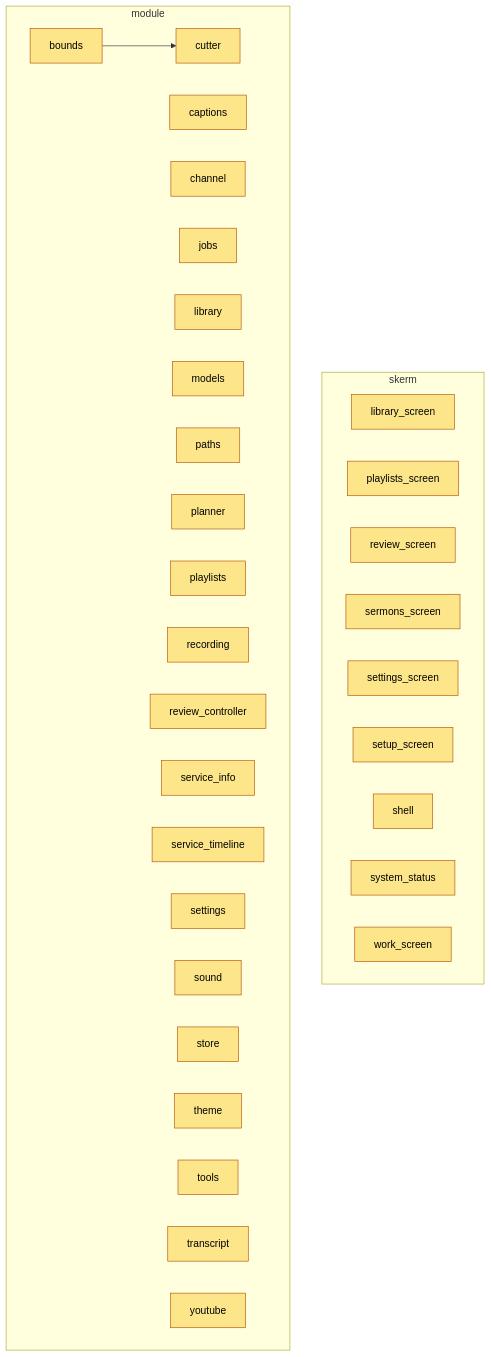
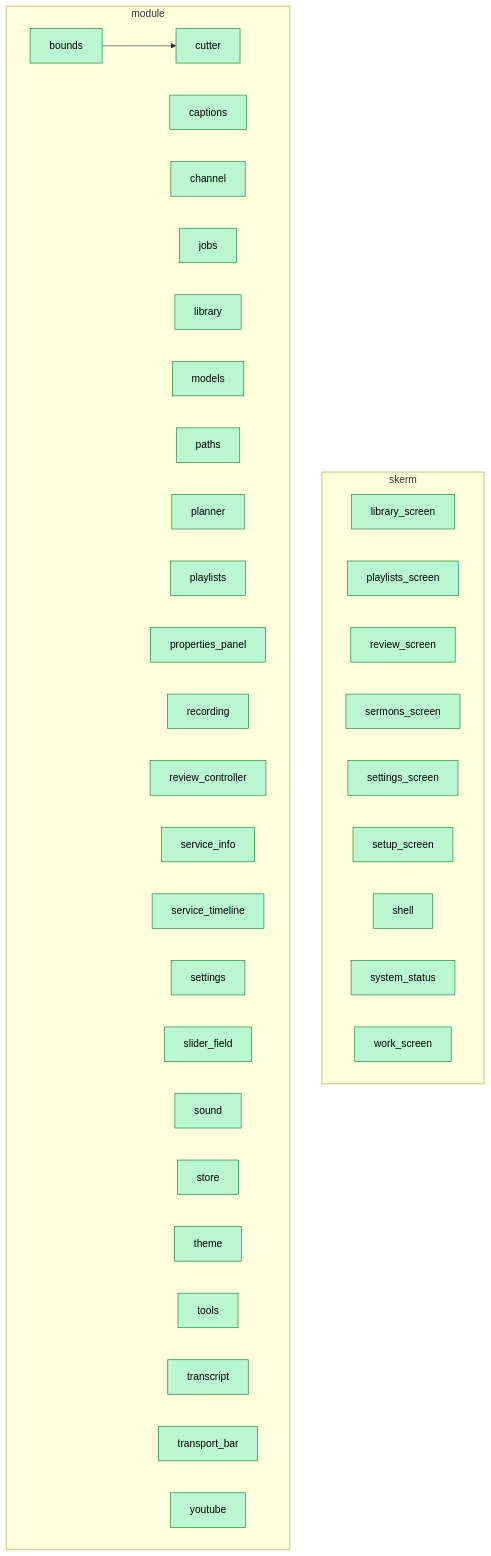
The diagram in docs/kaart.md (Schalk-Christiaan/ytsermon-prosessor), drawn with Mermaid before and after one commit. The commit also changed other lines of this file and 34 other files, not shown here.

Commit message:
kaart: hoofstukke status klaar ná /bewys

````diff
--- a/docs/kaart.md
+++ b/docs/kaart.md
@@ -188,41 +189,44 @@
 ```mermaid
 flowchart TB
   subgraph g0["skerm"]
-    n6["library_screen"]:::bou
-    n11["playlists_screen"]:::bou
-    n14["review_screen"]:::bou
-    n15["sermons_screen"]:::bou
-    n19["settings_screen"]:::bou
-    n20["setup_screen"]:::bou
-    n21["shell"]:::bou
-    n24["system_status"]:::bou
-    n28["work_screen"]:::bou
+    n6["library_screen"]:::klaar
+    n11["playlists_screen"]:::klaar
+    n15["review_screen"]:::klaar
+    n16["sermons_screen"]:::klaar
+    n20["settings_screen"]:::klaar
+    n21["setup_screen"]:::klaar
+    n22["shell"]:::klaar
+    n26["system_status"]:::klaar
+    n31["work_screen"]:::klaar
   end
   subgraph g1["module"]
-    n0["bounds"]:::bou
-    n1["captions"]:::bou
-    n2["channel"]:::bou
-    n3["cutter"]:::bou
-    n4["jobs"]:::bou
-    n5["library"]:::bou
-    n7["models"]:::bou
-    n8["paths"]:::bou
-    n9["planner"]:::bou
-    n10["playlists"]:::bou
-    n12["recording"]:::bou
-    n13["review_controller"]:::bou
-    n16["service_info"]:::bou
-    n17["service_timeline"]:::bou
-    n18["settings"]:::bou
-    n22["sound"]:::bou
-    n23["store"]:::bou
-    n25["theme"]:::bou
-    n26["tools"]:::bou
-    n27["transcript"]:::bou
-    n29["youtube"]:::bou
+    n0["bounds"]:::klaar
+    n1["captions"]:::klaar
+    n2["channel"]:::klaar
+    n3["cutter"]:::klaar
+    n4["jobs"]:::klaar
+    n5["library"]:::klaar
+    n7["models"]:::klaar
+    n8["paths"]:::klaar
+    n9["planner"]:::klaar
+    n10["playlists"]:::klaar
+    n12["properties_panel"]:::klaar
+    n13["recording"]:::klaar
+    n14["review_controller"]:::klaar
+    n17["service_info"]:::klaar
+    n18["service_timeline"]:::klaar
+    n19["settings"]:::klaar
+    n23["slider_field"]:::klaar
+    n24["sound"]:::klaar
+    n25["store"]:::klaar
+    n27["theme"]:::klaar
+    n28["tools"]:::klaar
+    n29["transcript"]:::klaar
+    n30["transport_bar"]:::klaar
+    n32["youtube"]:::klaar
   end
   n0 --> n3
   classDef bou fill:#fde68a,stroke:#b45309,color:#000
   classDef klaar fill:#bbf7d0,stroke:#15803d,color:#000
   classDef stukkend fill:#fecaca,stroke:#b91c1c,color:#000
 ```
````
